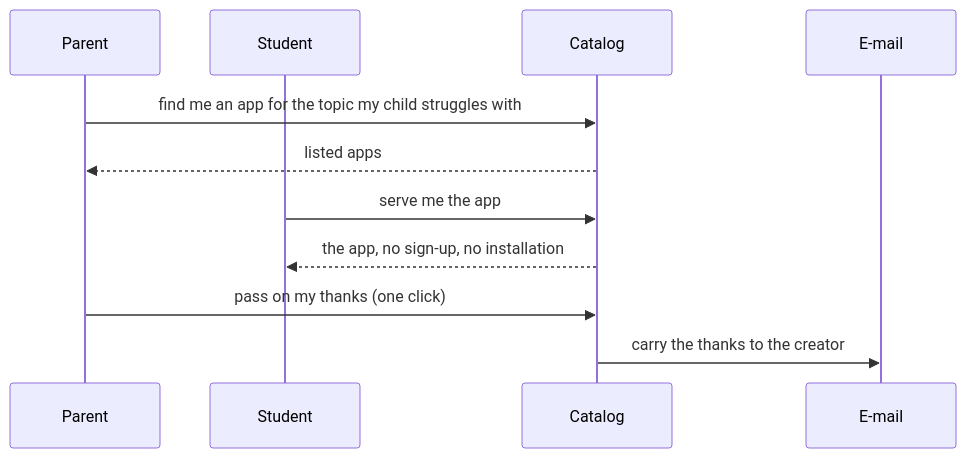
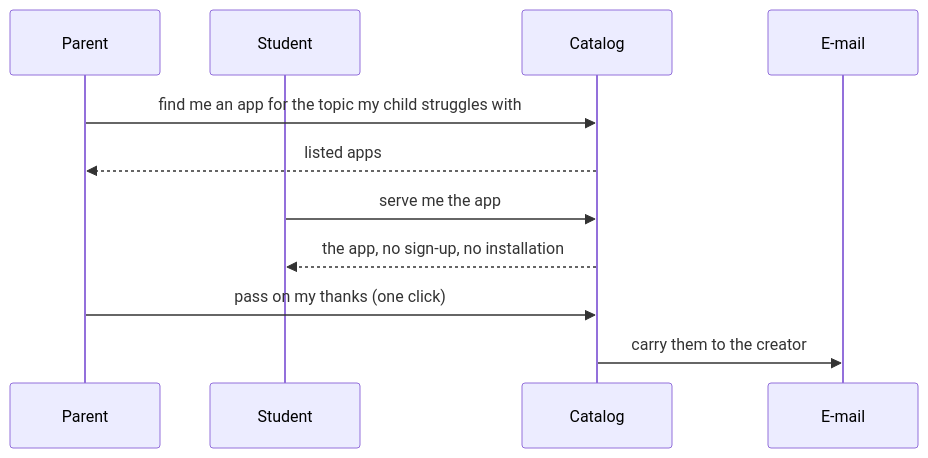
One commit to lernapps/docs changed the second of 6 diagrams in docs/arc42/06-runtime-view.arc42.md. Above: the diagram before and after it, drawn with Mermaid. The commit also changed other lines of this file and 2 other files, not shown here.

````diff
--- a/docs/arc42/06-runtime-view.arc42.md
+++ b/docs/arc42/06-runtime-view.arc42.md
@@ -74,13 +74,13 @@
 ```mermaid
 sequenceDiagram
     participant parent as Parent
     participant student as Student
     participant catalog as Catalog
     participant mail as E-mail
     parent->>catalog: find me an app for the topic my child struggles with
     catalog-->>parent: listed apps
     student->>catalog: serve me the app
     catalog-->>student: the app, no sign-up, no installation
     parent->>catalog: pass on my thanks (one click)
-    catalog->>mail: carry the thanks to the creator
+    catalog->>mail: carry them to the creator
 ```
````
